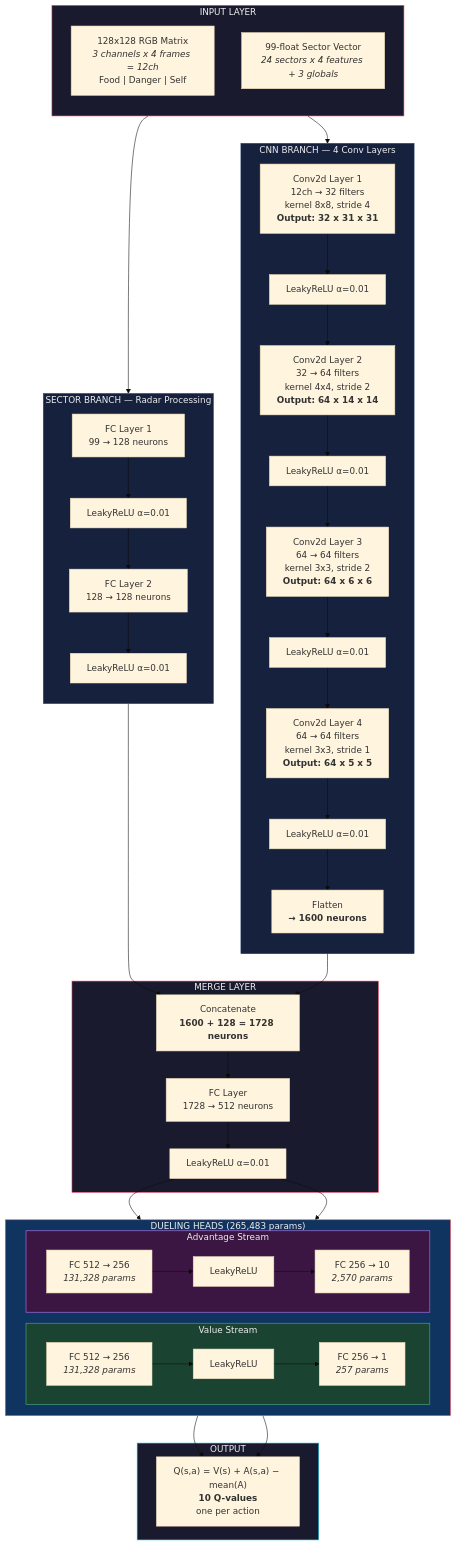
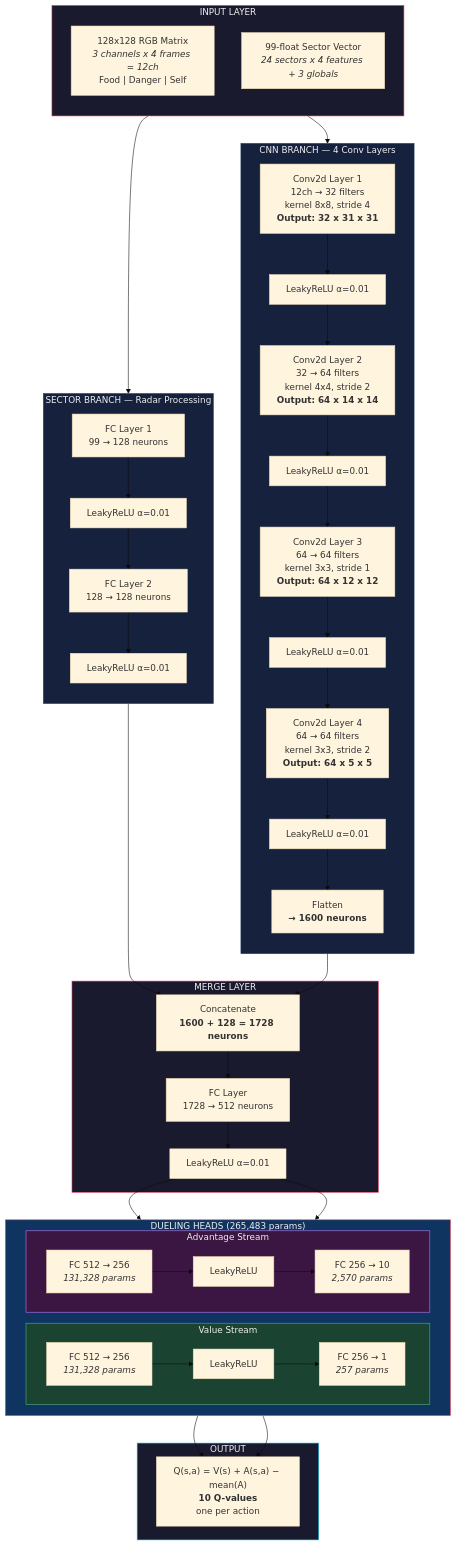
One commit to dzaczek/slbot changed the first of 3 diagrams in README.md. Above: the diagram before and after it, drawn with Mermaid (base theme). The commit also changed other lines of this file, not shown here.

````diff
--- a/README.md
+++ b/README.md
@@ -31,79 +31,79 @@
 ```mermaid
 graph TB
     subgraph INPUT ["INPUT LAYER"]
         direction TB
         M["128x128 RGB Matrix<br/><i>3 channels x 4 frames = 12ch</i><br/>Food | Danger | Self"]
         S["99-float Sector Vector<br/><i>24 sectors x 4 features + 3 globals</i>"]
     end
 
     subgraph CNN ["CNN BRANCH — 4 Conv Layers"]
         direction TB
         C1["Conv2d Layer 1<br/>12ch → 32 filters<br/>kernel 8x8, stride 4<br/><b>Output: 32 x 31 x 31</b>"]
         A1["LeakyReLU α=0.01"]
         C2["Conv2d Layer 2<br/>32 → 64 filters<br/>kernel 4x4, stride 2<br/><b>Output: 64 x 14 x 14</b>"]
         A2["LeakyReLU α=0.01"]
-        C3["Conv2d Layer 3<br/>64 → 64 filters<br/>kernel 3x3, stride 2<br/><b>Output: 64 x 6 x 6</b>"]
+        C3["Conv2d Layer 3<br/>64 → 64 filters<br/>kernel 3x3, stride 1<br/><b>Output: 64 x 12 x 12</b>"]
         A3["LeakyReLU α=0.01"]
-        C4["Conv2d Layer 4<br/>64 → 64 filters<br/>kernel 3x3, stride 1<br/><b>Output: 64 x 5 x 5</b>"]
+        C4["Conv2d Layer 4<br/>64 → 64 filters<br/>kernel 3x3, stride 2<br/><b>Output: 64 x 5 x 5</b>"]
         A4["LeakyReLU α=0.01"]
         FL["Flatten<br/><b>→ 1600 neurons</b>"]
 
         C1 --> A1 --> C2 --> A2 --> C3 --> A3 --> C4 --> A4 --> FL
     end
 
     subgraph SEC ["SECTOR BRANCH — Radar Processing"]
         direction TB
         S1["FC Layer 1<br/>99 → 128 neurons"]
         SA1["LeakyReLU α=0.01"]
         S2["FC Layer 2<br/>128 → 128 neurons"]
         SA2["LeakyReLU α=0.01"]
 
         S1 --> SA1 --> S2 --> SA2
     end
 
     subgraph MERGE ["MERGE LAYER"]
         CAT["Concatenate<br/><b>1600 + 128 = 1728 neurons</b>"]
         MFC["FC Layer<br/>1728 → 512 neurons"]
         MA["LeakyReLU α=0.01"]
 
         CAT --> MFC --> MA
     end
 
     subgraph DUELING ["DUELING HEADS (265,483 params)"]
         direction LR
         subgraph VAL ["Value Stream"]
             VFC1["FC 512 → 256<br/><i>131,328 params</i>"]
             VA1["LeakyReLU"]
             VFC2["FC 256 → 1<br/><i>257 params</i>"]
             VFC1 --> VA1 --> VFC2
         end
         subgraph ADV ["Advantage Stream"]
             AFC1["FC 512 → 256<br/><i>131,328 params</i>"]
             AA1["LeakyReLU"]
             AFC2["FC 256 → 10<br/><i>2,570 params</i>"]
             AFC1 --> AA1 --> AFC2
         end
     end
 
     subgraph OUTPUT ["OUTPUT"]
         COMBINE["Q(s,a) = V(s) + A(s,a) − mean(A)<br/><b>10 Q-values</b><br/>one per action"]
     end
 
     M --> C1
     S --> S1
     FL --> CAT
     SA2 --> CAT
     MA --> VFC1
     MA --> AFC1
     VFC2 --> COMBINE
     AFC2 --> COMBINE
 
     style INPUT fill:#1a1a2e,stroke:#e94560,color:#eee
     style CNN fill:#16213e,stroke:#0f3460,color:#eee
     style SEC fill:#16213e,stroke:#533483,color:#eee
     style MERGE fill:#1a1a2e,stroke:#e94560,color:#eee
     style DUELING fill:#0f3460,stroke:#e94560,color:#eee
     style OUTPUT fill:#1a1a2e,stroke:#00b4d8,color:#eee
     style VAL fill:#1b4332,stroke:#52b788,color:#eee
     style ADV fill:#3c1642,stroke:#c77dff,color:#eee
 ```
````
